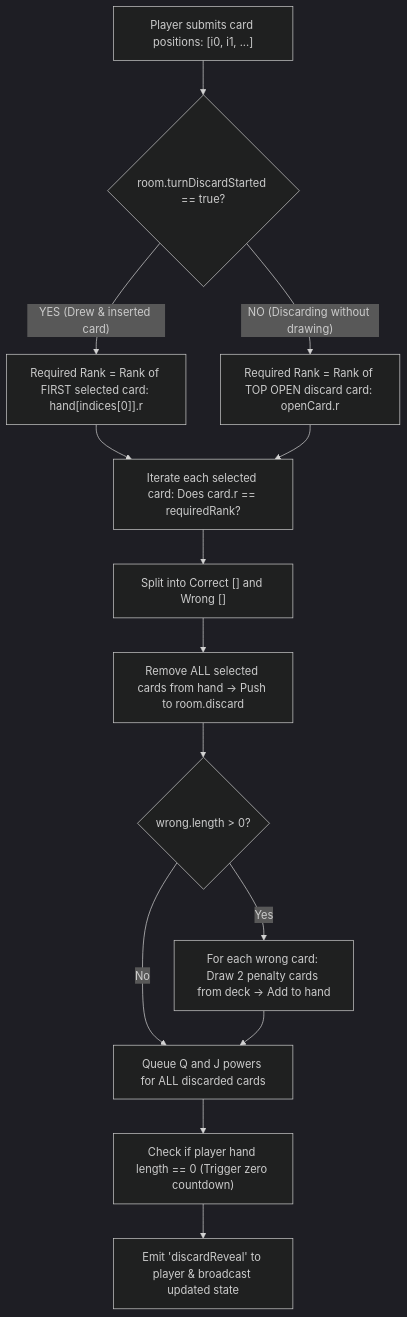
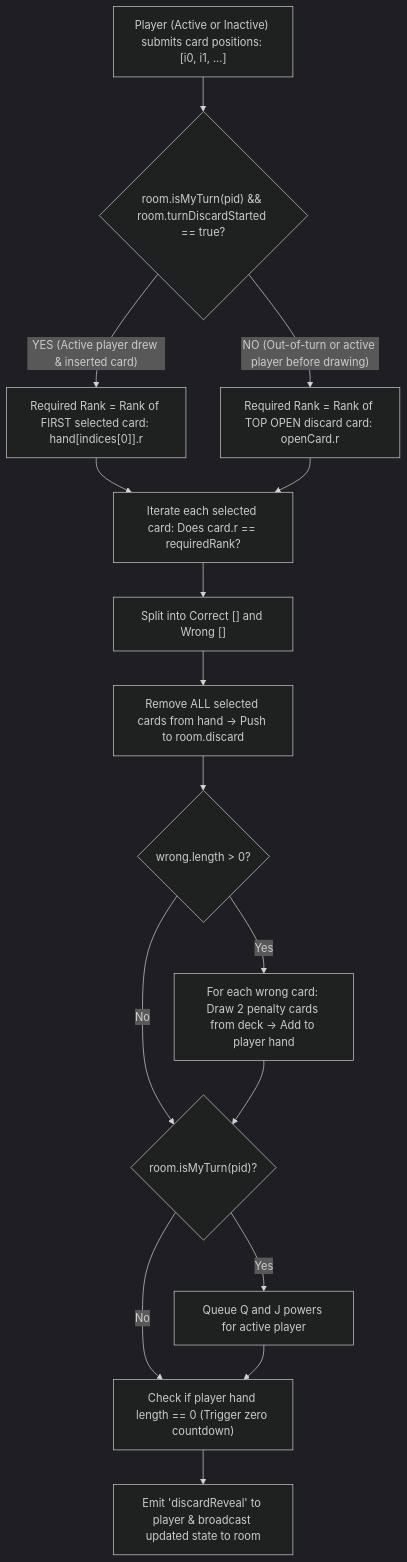
One commit to Abhaybsingh19w33/memory-cards-multiplayer changed the diagram in docs/scenarios/04_MATCHING_AND_DISCARD_RULES.md. Above: the diagram before and after it, drawn with Mermaid (dark theme). The commit also changed other lines of this file and 9 other files, not shown here.

````diff
--- a/docs/scenarios/04_MATCHING_AND_DISCARD_RULES.md
+++ b/docs/scenarios/04_MATCHING_AND_DISCARD_RULES.md
@@ -10,20 +12,22 @@
 ```mermaid
 flowchart TD
-    Submit["Player submits card positions: [i0, i1, ...]"] --> CheckMode{"room.turnDiscardStarted == true?"}
+    Submit["Player (Active or Inactive) submits card positions: [i0, i1, ...]"] --> CheckTurn{"room.isMyTurn(pid) && room.turnDiscardStarted == true?"}
 
-    CheckMode -- "YES (Drew & inserted card)" --> SetTargetFirst["Required Rank = Rank of FIRST selected card: hand[indices[0]].r"]
-    CheckMode -- "NO (Discarding without drawing)" --> SetTargetOpen["Required Rank = Rank of TOP OPEN discard card: openCard.r"]
+    CheckTurn -- "YES (Active player drew & inserted card)" --> SetTargetFirst["Required Rank = Rank of FIRST selected card: hand[indices[0]].r"]
+    CheckTurn -- "NO (Out-of-turn or active player before drawing)" --> SetTargetOpen["Required Rank = Rank of TOP OPEN discard card: openCard.r"]
 
     SetTargetFirst --> Evaluate["Iterate each selected card: Does card.r == requiredRank?"]
     SetTargetOpen --> Evaluate
 
     Evaluate --> Partition["Split into Correct [] and Wrong []"]
     Partition --> MoveDiscard["Remove ALL selected cards from hand -> Push to room.discard"]
     MoveDiscard --> CheckPenalties{"wrong.length > 0?"}
 
-    CheckPenalties -- Yes --> DrawPenalties["For each wrong card: Draw 2 penalty cards from deck -> Add to hand"]
-    CheckPenalties -- No --> QueuePowers
-    DrawPenalties --> QueuePowers["Queue Q and J powers for ALL discarded cards"]
+    CheckPenalties -- Yes --> DrawPenalties["For each wrong card: Draw 2 penalty cards from deck -> Add to player hand"]
+    CheckPenalties -- No --> CheckActivePowers
+    DrawPenalties --> CheckActivePowers{"room.isMyTurn(pid)?"}
+    CheckActivePowers -- Yes --> QueuePowers["Queue Q and J powers for active player"]
+    CheckActivePowers -- No --> CheckZeroHand
     QueuePowers --> CheckZeroHand["Check if player hand length == 0 (Trigger zero countdown)"]
-    CheckZeroHand --> Broadcast["Emit 'discardReveal' to player & broadcast updated state"]
+    CheckZeroHand --> Broadcast["Emit 'discardReveal' to player & broadcast updated state to room"]
 ```
````
